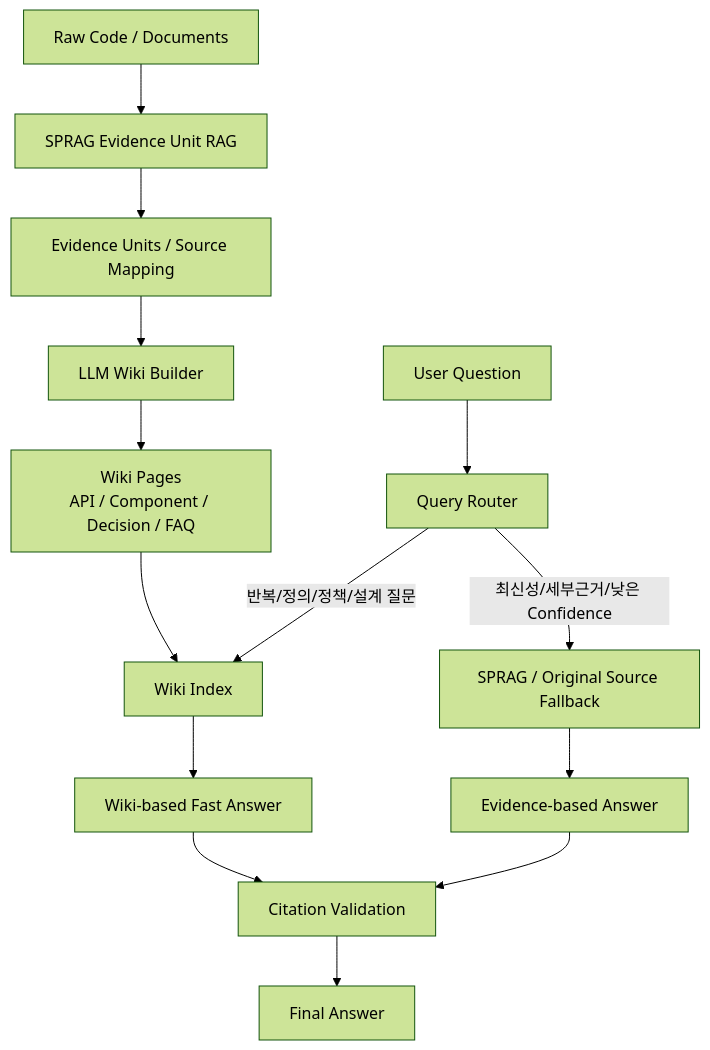
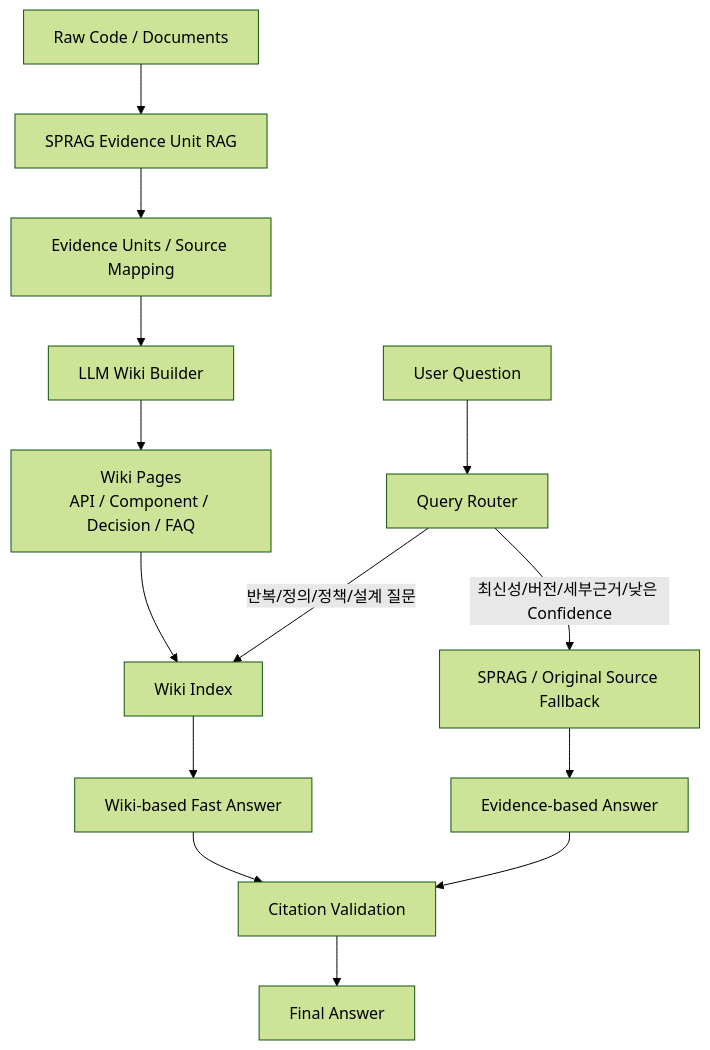
The fourth of 4 diagrams in doc/04_DP3_Knowledge_Access_Strategy.md (younlea/2026_architect_9B_team), drawn with Mermaid (forest theme) before and after one commit. The commit also changed other lines of this file and 14 other files, not shown here.

````diff
--- a/doc/04_DP3_Knowledge_Access_Strategy.md
+++ b/doc/04_DP3_Knowledge_Access_Strategy.md
@@ -201,21 +234,21 @@
 ```mermaid
 flowchart TD
     A[Raw Code / Documents] --> B[SPRAG Evidence Unit RAG]
     B --> C[Evidence Units / Source Mapping]
 
     C --> W[LLM Wiki Builder]
     W --> P[Wiki Pages<br/>API / Component / Decision / FAQ]
     P --> I[Wiki Index]
 
     Q[User Question] --> R[Query Router]
 
     R -->|반복/정의/정책/설계 질문| I
     I --> WA[Wiki-based Fast Answer]
 
-    R -->|최신성/세부근거/낮은 Confidence| ER[SPRAG / Original Source Fallback]
+    R -->|최신성/버전/세부근거/낮은 Confidence| ER[SPRAG / Original Source Fallback]
     ER --> EA[Evidence-based Answer]
 
     WA --> CV[Citation Validation]
     EA --> CV
     CV --> L[Final Answer]
 ```
````
